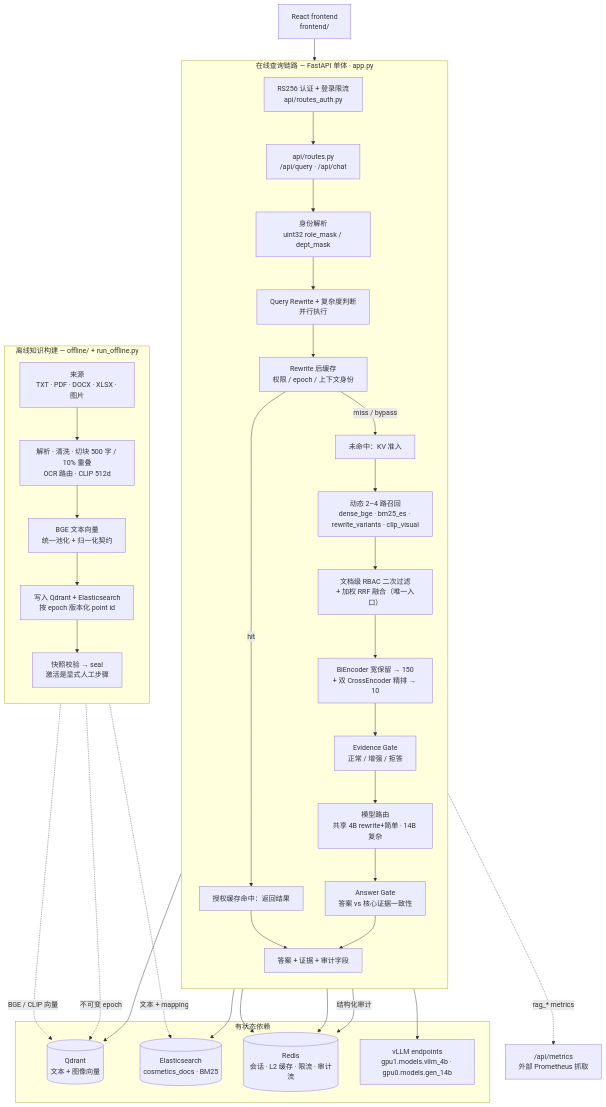
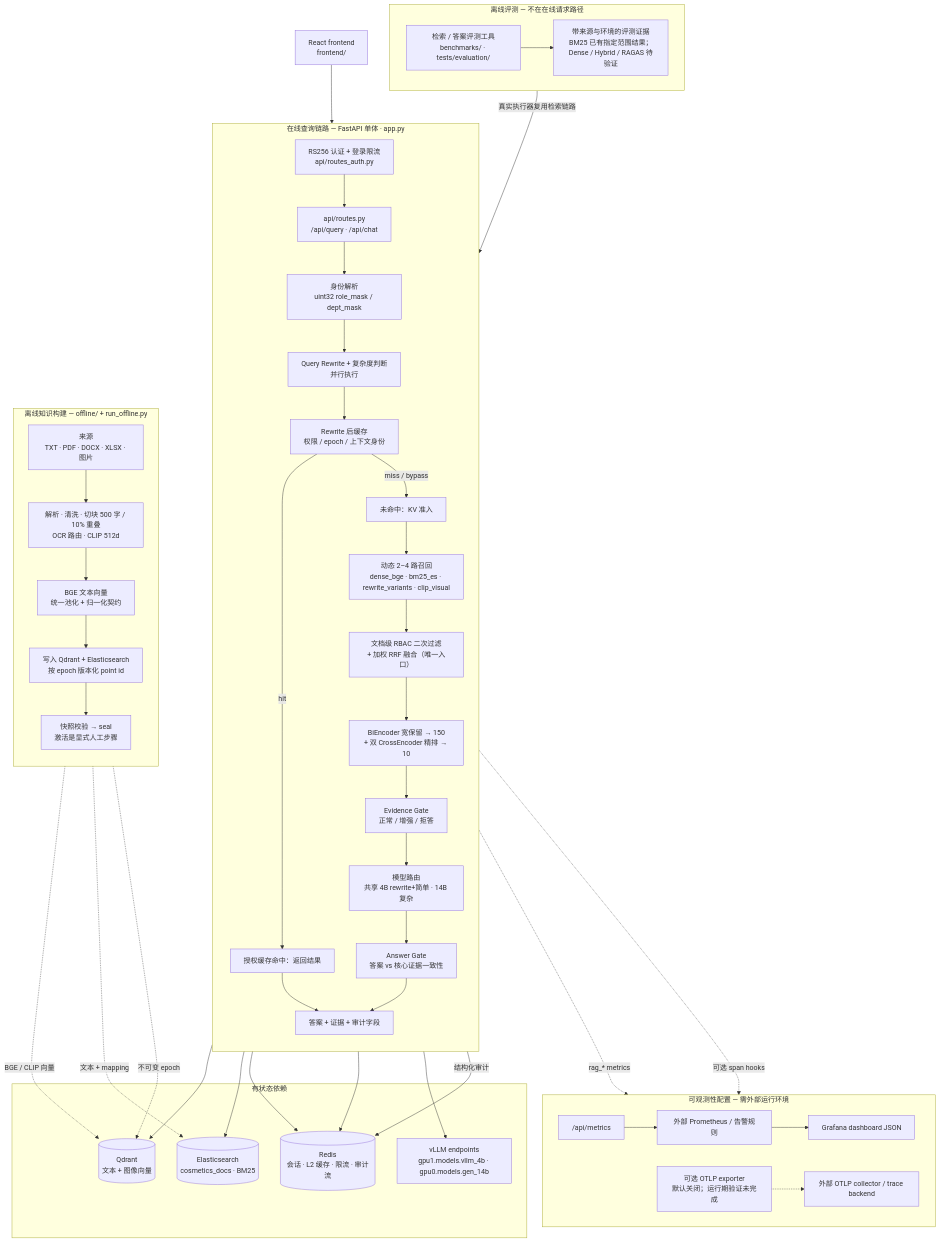
Before and after one commit to Xander-Xai/Beauty-Industry-RAG-QA-System: the diagram in docs/architecture-baseline.md, drawn with Mermaid. The commit also changed other lines of this file and 15 other files, not shown here.

````diff
--- a/docs/architecture-baseline.md
+++ b/docs/architecture-baseline.md
@@ -64,55 +64,76 @@
 ```mermaid
 flowchart TB
   FE["React frontend<br/>frontend/"]
 
   subgraph ONLINE["在线查询链路 — FastAPI 单体 · app.py"]
     direction TB
     AUTH["RS256 认证 + 登录限流<br/>api/routes_auth.py"]
     API["api/routes.py<br/>/api/query · /api/chat"]
     ID["身份解析<br/>uint32 role_mask / dept_mask"]
     CACHE["Rewrite 后缓存<br/>权限 / epoch / 上下文身份"]
     HIT["授权缓存命中：返回结果"]
     ADMIT["未命中：KV 准入"]
     RW["Query Rewrite + 复杂度判断<br/>并行执行"]
     REC["动态 2–4 路召回<br/>dense_bge · bm25_es · rewrite_variants · clip_visual"]
     RBAC["文档级 RBAC 二次过滤<br/>+ 加权 RRF 融合（唯一入口）"]
     RERANK["BiEncoder 宽保留 → 150<br/>+ 双 CrossEncoder 精排 → 10"]
     EGATE["Evidence Gate<br/>正常 / 增强 / 拒答"]
     GEN["模型路由<br/>共享 4B rewrite+简单 · 14B 复杂"]
     AGATE["Answer Gate<br/>答案 vs 核心证据一致性"]
     OUT["答案 + 证据 + 审计字段"]
     AUTH --> API --> ID --> RW --> CACHE
     CACHE -->|hit| HIT --> OUT
     CACHE -->|miss / bypass| ADMIT --> REC --> RBAC --> RERANK --> EGATE --> GEN --> AGATE --> OUT
   end
 
   subgraph OFFLINE["离线知识构建 — offline/ + run_offline.py"]
     direction TB
     SRC["来源<br/>TXT · PDF · DOCX · XLSX · 图片"]
     PROC["解析 · 清洗 · 切块 500 字 / 10% 重叠<br/>OCR 路由 · CLIP 512d"]
     EMB["BGE 文本向量<br/>统一池化 + 归一化契约"]
     WRITE["写入 Qdrant + Elasticsearch<br/>按 epoch 版本化 point id"]
     SEAL["快照校验 → seal<br/>激活是显式人工步骤"]
     SRC --> PROC --> EMB --> WRITE --> SEAL
   end
 
   subgraph STORES["有状态依赖"]
     QD[("Qdrant<br/>文本 + 图像向量")]
     ES[("Elasticsearch<br/>cosmetics_docs · BM25")]
     RD[("Redis<br/>会话 · L2 缓存 · 限流 · 审计流")]
     VLLM["vLLM endpoints<br/>gpu1.models.vllm_4b · gpu0.models.gen_14b"]
   end
 
+  subgraph EVALUATION["离线评测 — 不在在线请求路径"]
+    direction LR
+    EVAL["检索 / 答案评测工具<br/>benchmarks/ · tests/evaluation/"]
+    EVIDENCE["带来源与环境的评测证据<br/>BM25 已有指定范围结果；Dense / Hybrid / RAGAS 待验证"]
+    EVAL --> EVIDENCE
+  end
+
+  subgraph OBSERVABILITY["可观测性配置 — 需外部运行环境"]
+    direction LR
+    METRICS["/api/metrics"]
+    PROM["外部 Prometheus / 告警规则"]
+    GRAFANA["Grafana dashboard JSON"]
+    OTEL["可选 OTLP exporter<br/>默认关闭；运行期验证未完成"]
+    TRACE["外部 OTLP collector / trace backend"]
+    METRICS --> PROM
+    PROM --> GRAFANA
+    OTEL -.-> TRACE
+  end
+
   FE --> AUTH
   REC --> QD
   REC --> ES
   CACHE --> RD
   AUTH --> RD
   GEN --> VLLM
   OUT -->|"结构化审计"| RD
-  OUT -.->|"rag_* metrics"| METRICS["/api/metrics<br/>外部 Prometheus 抓取"]
+  OUT -.->|"rag_* metrics"| METRICS
 
   PROC -.->|"BGE / CLIP 向量"| QD
   WRITE -.->|"文本 + mapping"| ES
   SEAL -.->|"不可变 epoch"| QD
+  EVAL -->|"真实执行器复用检索链路"| REC
+  API -.->|"可选 span hooks"| OTEL
 ```
````
